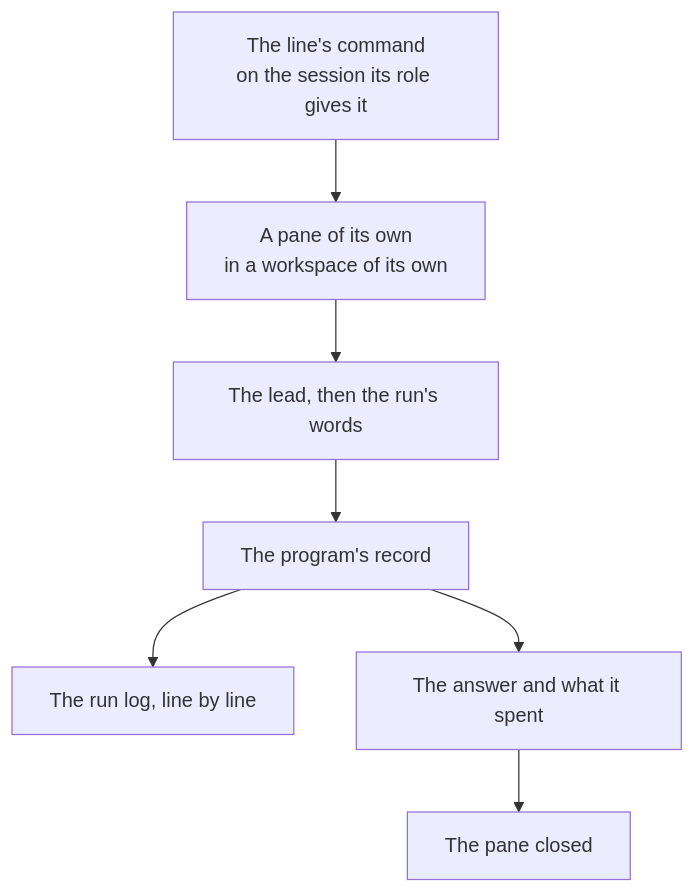
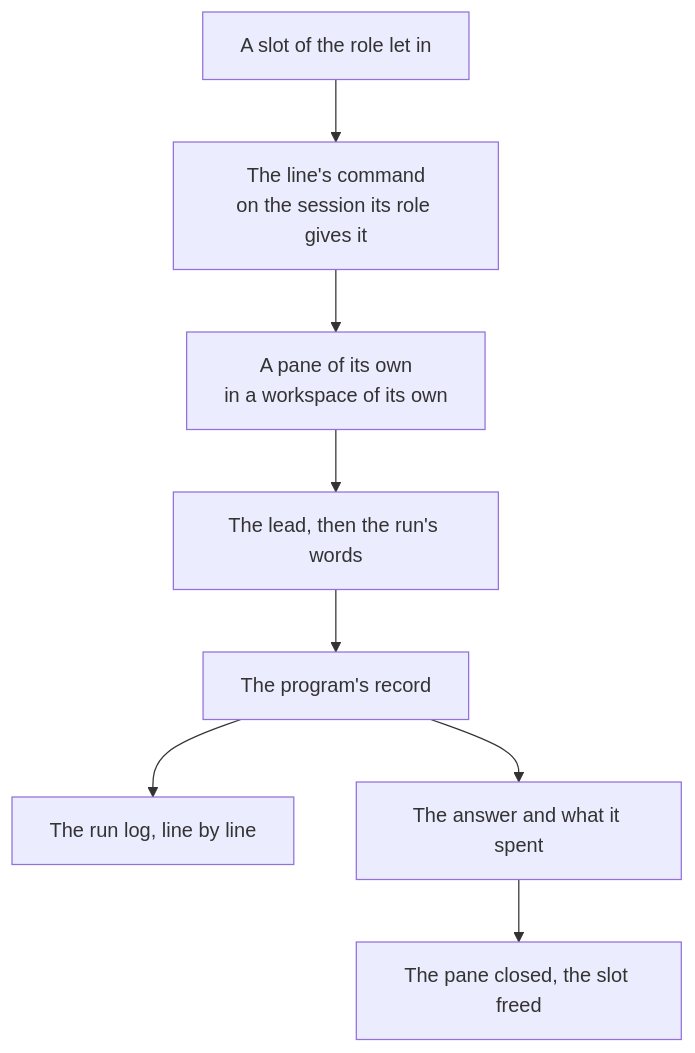
One commit to ahas/bmo-agency changed the second of 2 diagrams in docs/agents.md. Above: the diagram before and after it, drawn with Mermaid. The commit also changed other lines of this file and 37 other files, not shown here.

````diff
--- a/docs/agents.md
+++ b/docs/agents.md
@@ -103,9 +104,10 @@
 ```mermaid
 flowchart TD
-  C[The line's command<br/>on the session its role gives it] --> P[A pane of its own<br/>in a workspace of its own]
+  Q[A slot of the role let in] --> C[The line's command<br/>on the session its role gives it]
+  C --> P[A pane of its own<br/>in a workspace of its own]
   P --> T[The lead, then the run's words]
   T --> R[The program's record]
   R --> L[The run log, line by line]
   R --> A[The answer and what it spent]
-  A --> X[The pane closed]
+  A --> X[The pane closed, the slot freed]
 ```
````
